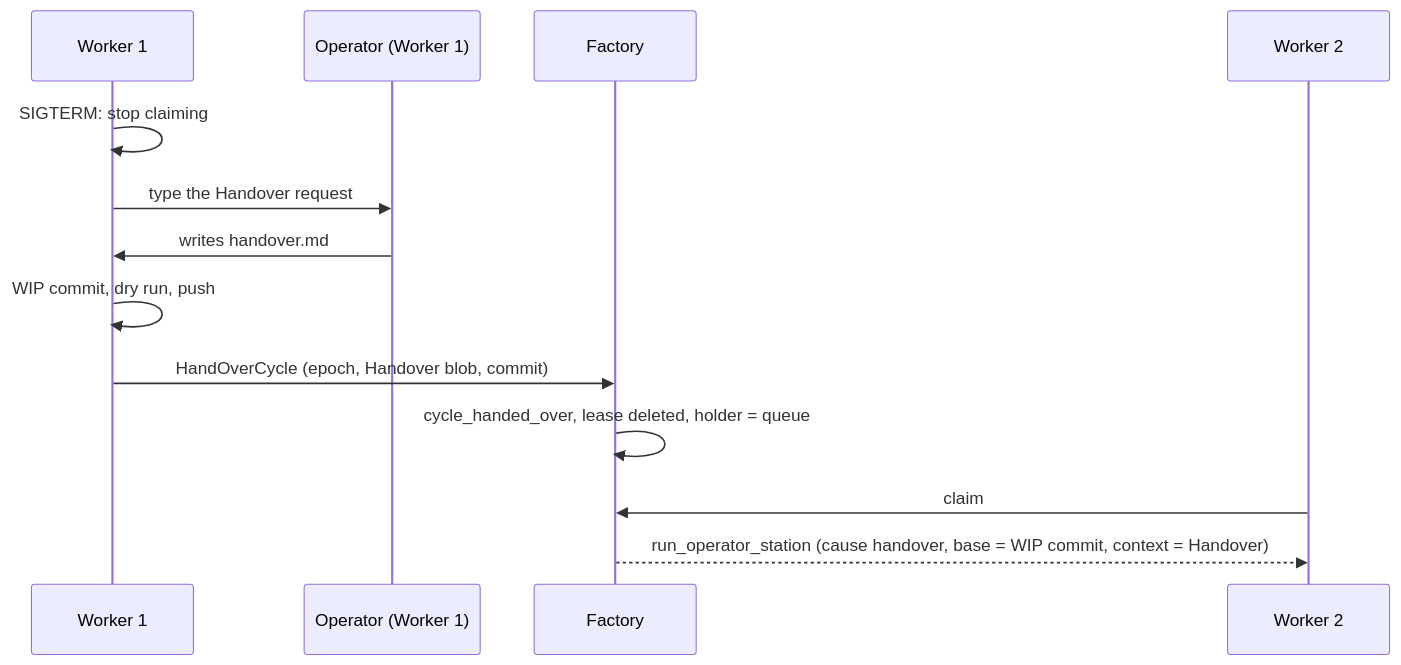
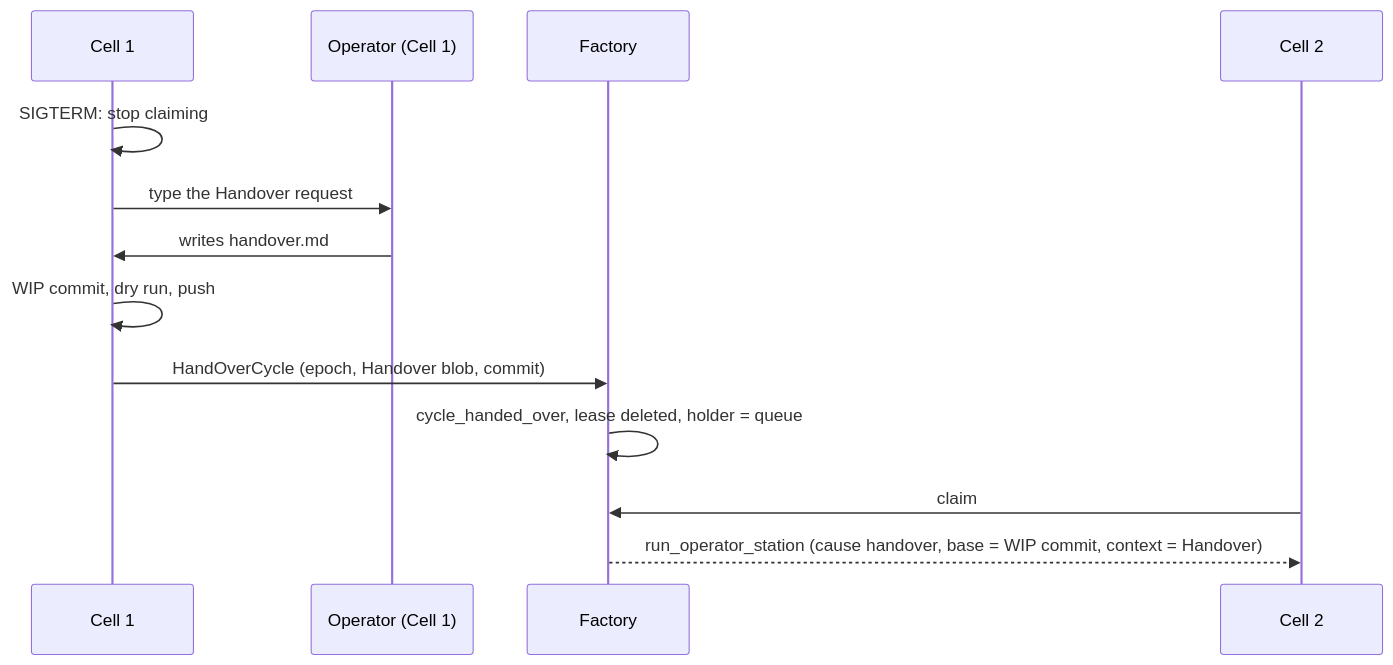
Before and after one commit to xyashino/software-factory: the eighth of 8 diagrams in docs/PLAN.md, drawn with Mermaid. The commit also changed other lines of this file and 10 other files, not shown here.

````diff
--- a/docs/PLAN.md
+++ b/docs/PLAN.md
@@ -245,15 +245,15 @@
 ```mermaid
 sequenceDiagram
-  participant C1 as Worker 1
-  participant O as Operator (Worker 1)
+  participant C1 as Cell 1
+  participant O as Operator (Cell 1)
   participant S as Factory
-  participant C2 as Worker 2
+  participant C2 as Cell 2
   C1->>C1: SIGTERM: stop claiming
   C1->>O: type the Handover request
   O->>C1: writes handover.md
   C1->>C1: WIP commit, dry run, push
   C1->>S: HandOverCycle (epoch, Handover blob, commit)
   S->>S: cycle_handed_over, lease deleted, holder = queue
   C2->>S: claim
   S-->>C2: run_operator_station (cause handover, base = WIP commit, context = Handover)
 ```
````
